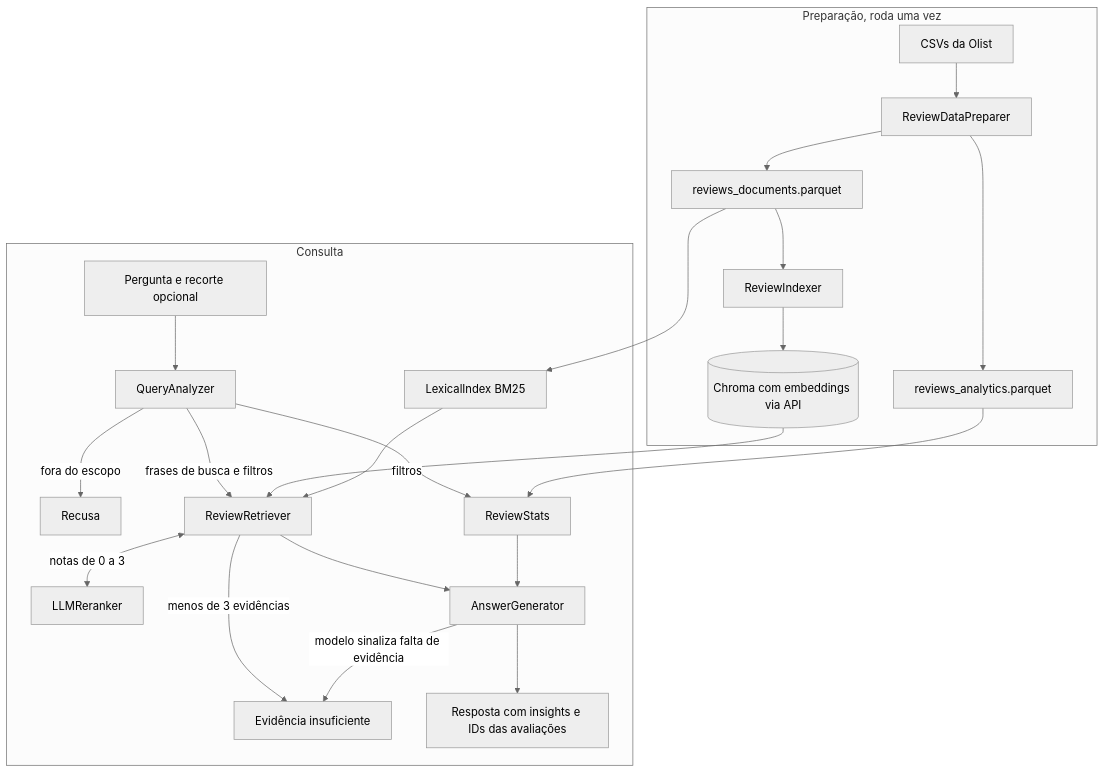
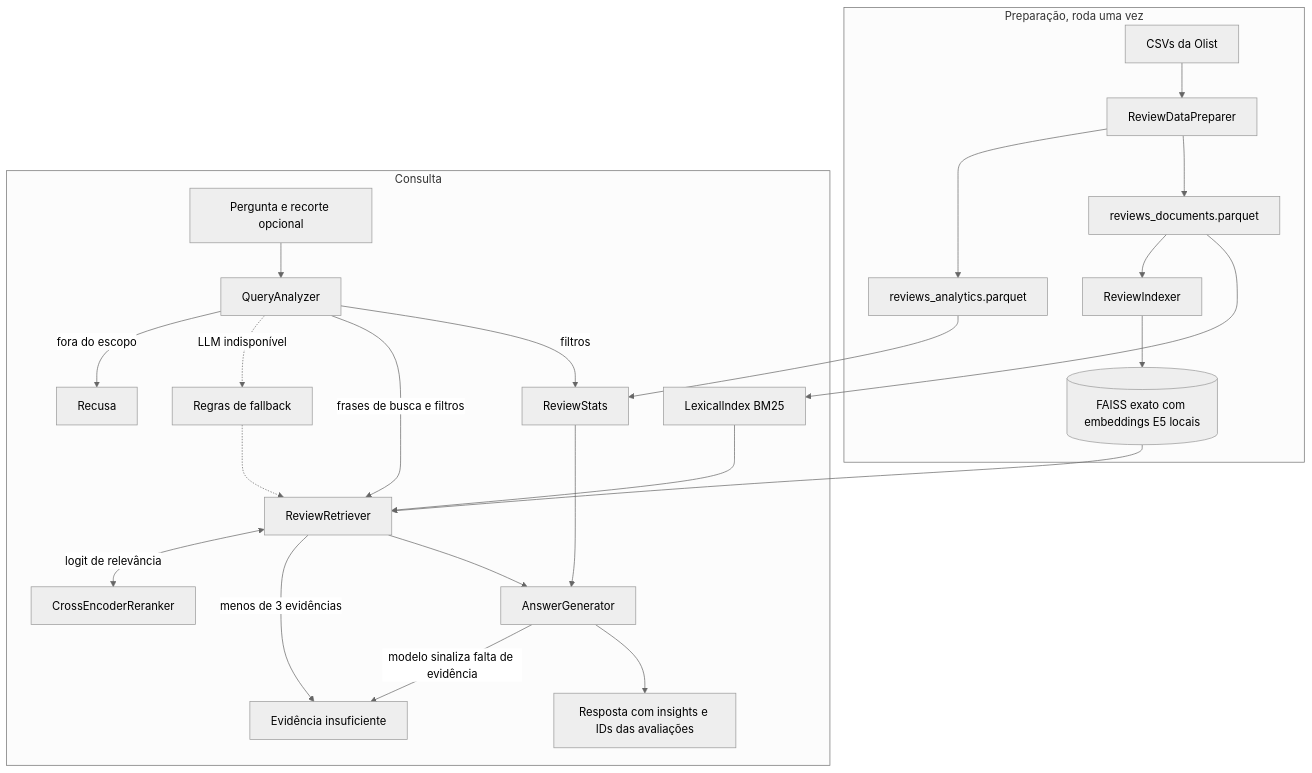
The diagram in README.md (eduardorossi/tech_challenge_fase4), drawn with Mermaid (neutral theme) before and after one commit. The commit also changed other lines of this file and 28 other files, not shown here.

Commit message:
Ajustes e recuperação local com E5, FAISS e cross-encoder; fallback por regras

````diff
--- a/README.md
+++ b/README.md
@@ -11,26 +11,28 @@
 ```mermaid
 flowchart TD
     subgraph offline["Preparação, roda uma vez"]
         A[CSVs da Olist] --> B[ReviewDataPreparer]
         B --> C[reviews_analytics.parquet]
         B --> D[reviews_documents.parquet]
         D --> E[ReviewIndexer]
-        E --> F[(Chroma com embeddings via API)]
+        E --> F[(FAISS exato com embeddings E5 locais)]
     end
     subgraph online["Consulta"]
         Q[Pergunta e recorte opcional] --> QA[QueryAnalyzer]
         QA -->|fora do escopo| X1[Recusa]
+        QA -.->|LLM indisponível| RU[Regras de fallback]
+        RU -.-> RT
         QA -->|frases de busca e filtros| RT[ReviewRetriever]
         F --> RT
         D --> BM[LexicalIndex BM25]
         BM --> RT
-        RT <-->|notas de 0 a 3| RR[LLMReranker]
+        RT <-->|logit de relevância| RR[CrossEncoderReranker]
         QA -->|filtros| ST[ReviewStats]
         C --> ST
         RT -->|menos de 3 evidências| X2[Evidência insuficiente]
         RT --> G[AnswerGenerator]
         ST --> G
         G -->|modelo sinaliza falta de evidência| X2
         G --> R[Resposta com insights e IDs das avaliações]
     end
 ```
````
